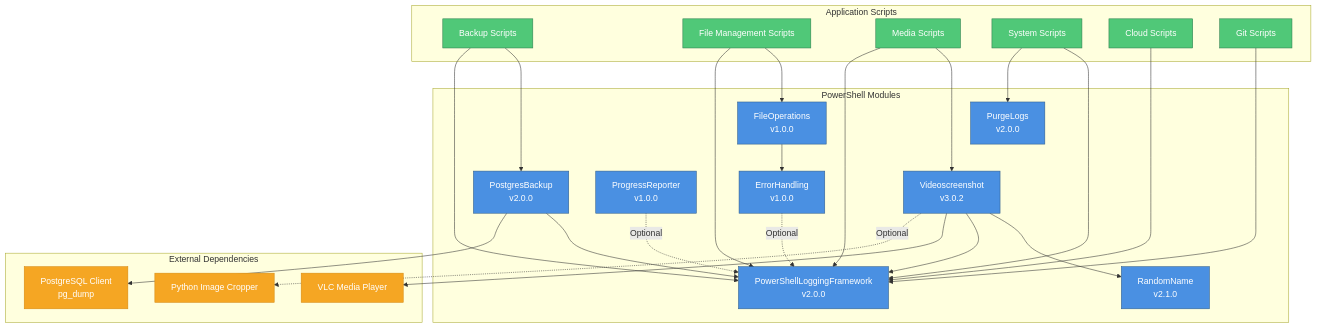
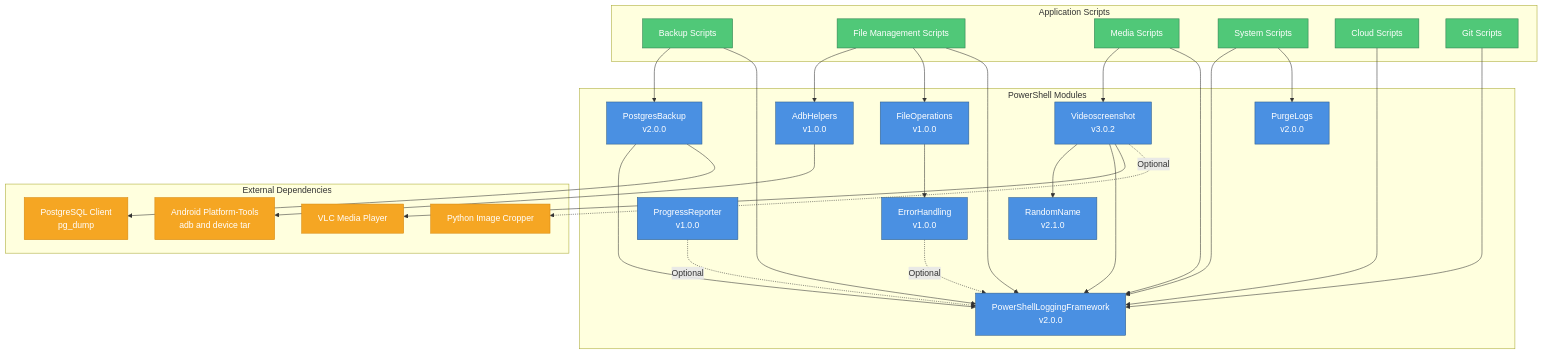
Before and after one commit to manoj-bhaskaran/My-Scripts: the first of 2 diagrams in docs/architecture/module-dependencies.md, drawn with Mermaid. The commit also changed other lines of this file and 18 other files, not shown here.

First line of the commit message:
refactor(Copy-AndroidFiles): enhance Android ADB Helpers Module

````diff
--- a/docs/architecture/module-dependencies.md
+++ b/docs/architecture/module-dependencies.md
@@ -17,62 +17,66 @@
 ```mermaid
 graph TD
     subgraph "Application Scripts"
         BACKUP[Backup Scripts]
         FILE[File Management Scripts]
         MEDIA[Media Scripts]
         SYSTEM[System Scripts]
         CLOUD[Cloud Scripts]
         GIT[Git Scripts]
     end
 
     subgraph "PowerShell Modules"
         LOG[PowerShellLoggingFramework<br/>v2.0.0]
+        ADBH[AdbHelpers<br/>v1.0.0]
         ERR[ErrorHandling<br/>v1.0.0]
         FOPS[FileOperations<br/>v1.0.0]
         PGBAK[PostgresBackup<br/>v2.0.0]
         PROG[ProgressReporter<br/>v1.0.0]
         PURGE[PurgeLogs<br/>v2.0.0]
         RND[RandomName<br/>v2.1.0]
         VID[Videoscreenshot<br/>v3.0.2]
     end
 
     subgraph "External Dependencies"
+        ADBCLI[Android Platform-Tools<br/>adb and device tar]
         PGCLIENT[PostgreSQL Client<br/>pg_dump]
         VLCPLAYER[VLC Media Player]
         PYCROP[Python Image Cropper]
     end
 
     %% Script to Module Dependencies
     BACKUP --> PGBAK
     BACKUP --> LOG
+    FILE --> ADBH
     FILE --> FOPS
     FILE --> LOG
     MEDIA --> VID
     MEDIA --> LOG
     SYSTEM --> LOG
     SYSTEM --> PURGE
     CLOUD --> LOG
     GIT --> LOG
 
     %% Module to Module Dependencies
     FOPS --> ERR
     ERR -.Optional.-> LOG
     PGBAK --> LOG
     PROG -.Optional.-> LOG
     VID --> RND
     VID --> LOG
 
     %% Module to External Dependencies
     PGBAK --> PGCLIENT
+    ADBH --> ADBCLI
     VID --> VLCPLAYER
     VID -.Optional.-> PYCROP
 
     %% Styling
     classDef module fill:#4A90E2,stroke:#2E5C8A,color:#fff
     classDef script fill:#50C878,stroke:#2E7D4E,color:#fff
     classDef external fill:#F5A623,stroke:#D68910,color:#fff
 
-    class LOG,ERR,FOPS,PGBAK,PROG,PURGE,RND,VID module
+    class LOG,ADBH,ERR,FOPS,PGBAK,PROG,PURGE,RND,VID module
     class BACKUP,FILE,MEDIA,SYSTEM,CLOUD,GIT script
-    class PGCLIENT,VLCPLAYER,PYCROP external
+    class ADBCLI,PGCLIENT,VLCPLAYER,PYCROP external
 ```
````
